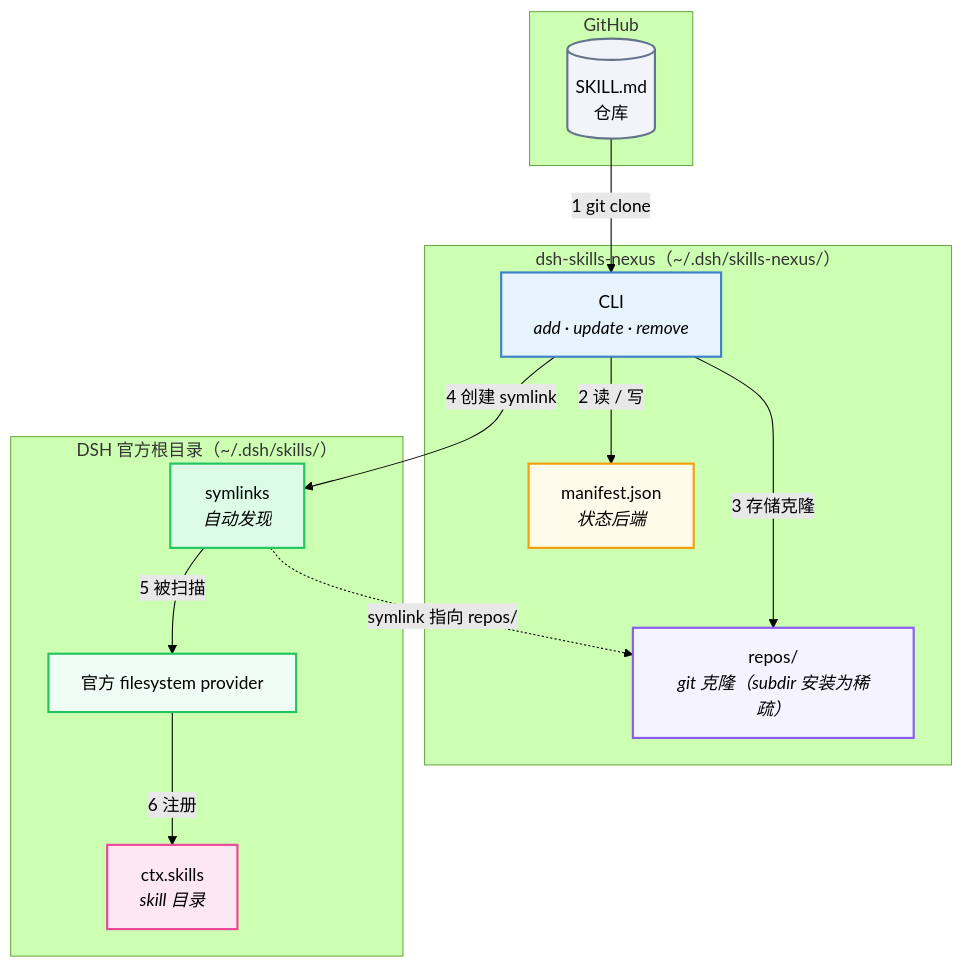
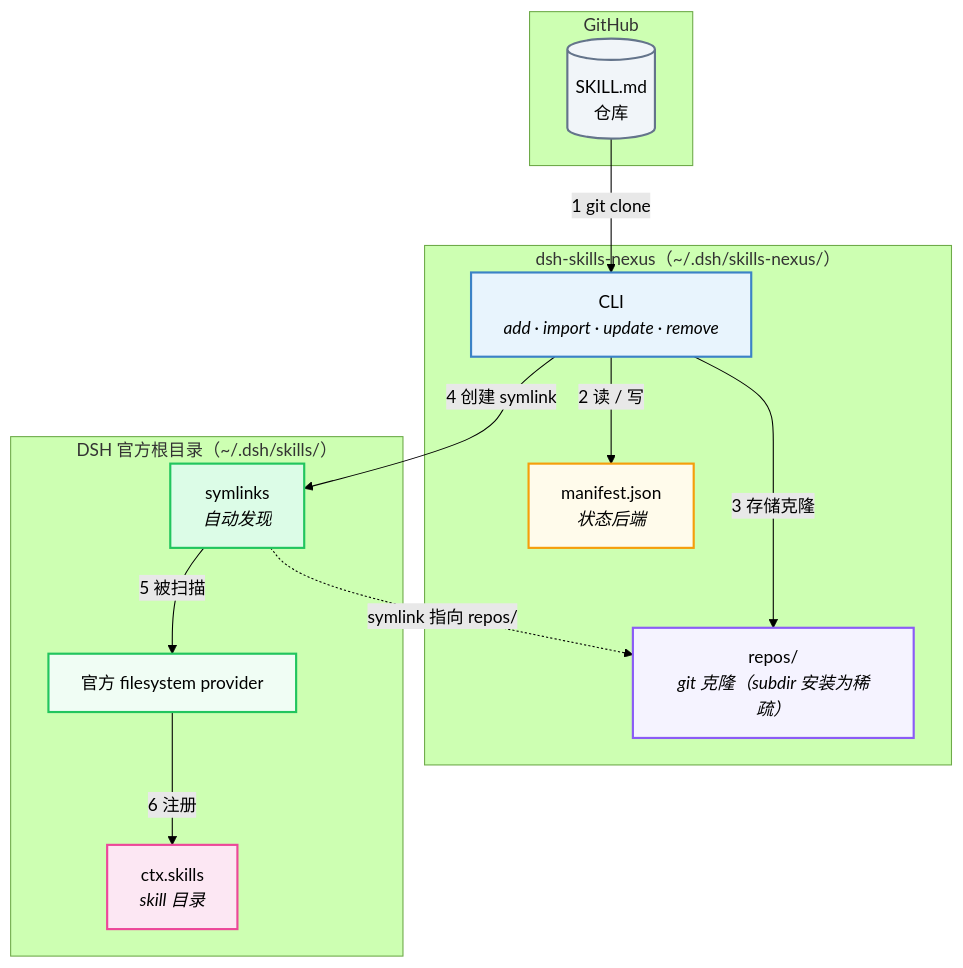
The diagram in docs/ARCHITECTURE.zh-CN.md (xiaxi626/dsh-skills-nexus), drawn with Mermaid (forest theme) before and after one commit. The commit also changed other lines of this file and 14 other files, not shown here.

````diff
--- a/docs/ARCHITECTURE.zh-CN.md
+++ b/docs/ARCHITECTURE.zh-CN.md
@@ -9,34 +9,34 @@
 ```mermaid
 flowchart TD
     subgraph SRC["GitHub"]
         G[("SKILL.md<br/>仓库")]
     end
 
     subgraph NEXUS["dsh-skills-nexus（~/.dsh/skills-nexus/）"]
-        A["CLI<br/><i>add · update · remove</i>"]
+        A["CLI<br/><i>add · import · update · remove</i>"]
         M["manifest.json<br/><i>状态后端</i>"]
         R["repos/<br/><i>git 克隆（subdir 安装为稀疏）</i>"]
     end
 
     subgraph DSH["DSH 官方根目录（~/.dsh/skills/）"]
         L["symlinks<br/><i>自动发现</i>"]
         P["官方 filesystem provider"]
         C["ctx.skills<br/><i>skill 目录</i>"]
     end
 
     G -->|"1  git clone"| A
     A -->|"2  读 / 写"| M
     A -->|"3  存储克隆"| R
     A -->|"4  创建 symlink"| L
     L -.->|"symlink 指向 repos/"| R
     L -->|"5  被扫描"| P
     P -->|"6  注册"| C
 
     style A fill:#e8f4fd,stroke:#3b82c6,stroke-width:2px,color:#000
     style P fill:#f0fdf4,stroke:#22c55e,stroke-width:2px,color:#000
     style M fill:#fffbeb,stroke:#f59e0b,stroke-width:2px,color:#000
     style R fill:#f5f3ff,stroke:#8b5cf6,stroke-width:2px,color:#000
     style L fill:#dcfce7,stroke:#22c55e,stroke-width:2px,color:#000
     style C fill:#fce7f3,stroke:#ec4899,stroke-width:2px,color:#000
     style G fill:#f1f5f9,stroke:#64748b,stroke-width:2px,color:#000
 ```
````
